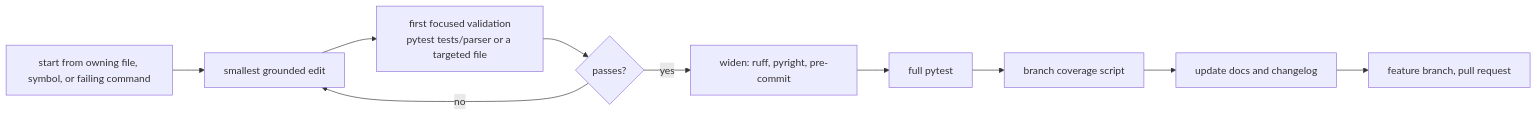
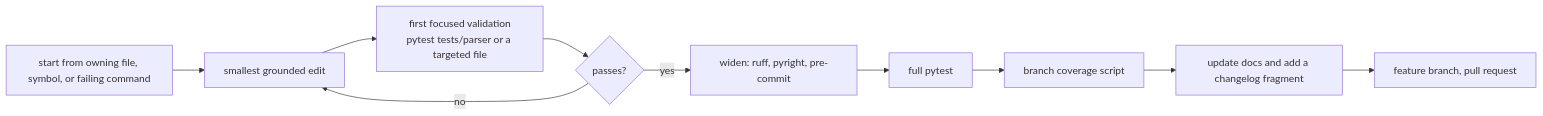
Before and after one commit to SorenHJohansen/sattline-parser: the diagram in docs/development.md, drawn with Mermaid. The commit also changed other lines of this file and 157 other files, not shown here.

````diff
--- a/docs/development.md
+++ b/docs/development.md
@@ -46,12 +47,12 @@
 ```mermaid
 flowchart LR
     A["start from owning file, symbol, or failing command"] --> B["smallest grounded edit"]
     B --> C["first focused validation<br/>pytest tests/parser or a targeted file"]
     C --> D{"passes?"}
     D -->|no| B
     D -->|yes| E["widen: ruff, pyright, pre-commit"]
     E --> F["full pytest"]
     F --> G["branch coverage script"]
-    G --> H["update docs and changelog"]
+    G --> H["update docs and add a changelog fragment"]
     H --> I["feature branch, pull request"]
 ```
````
